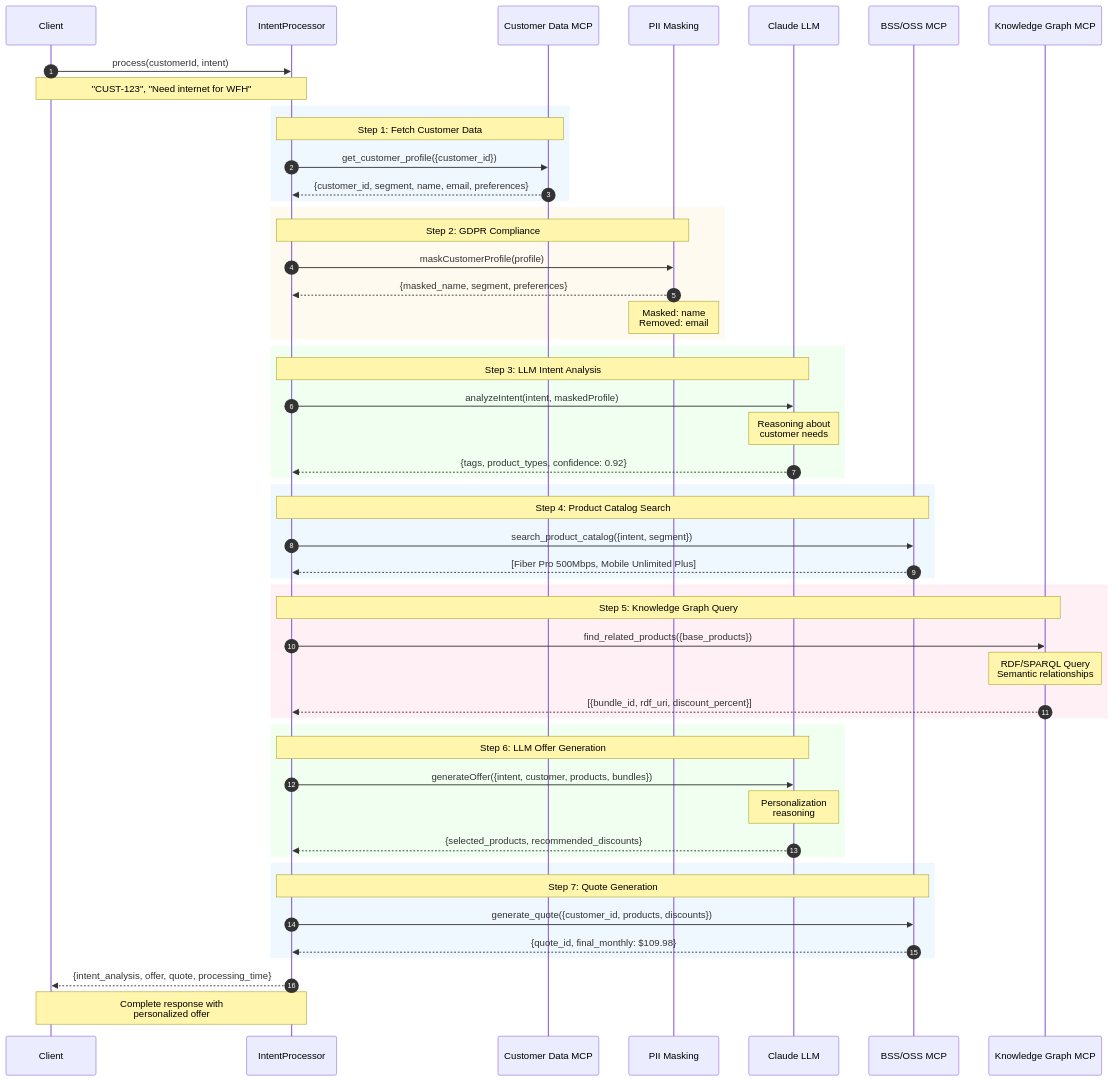
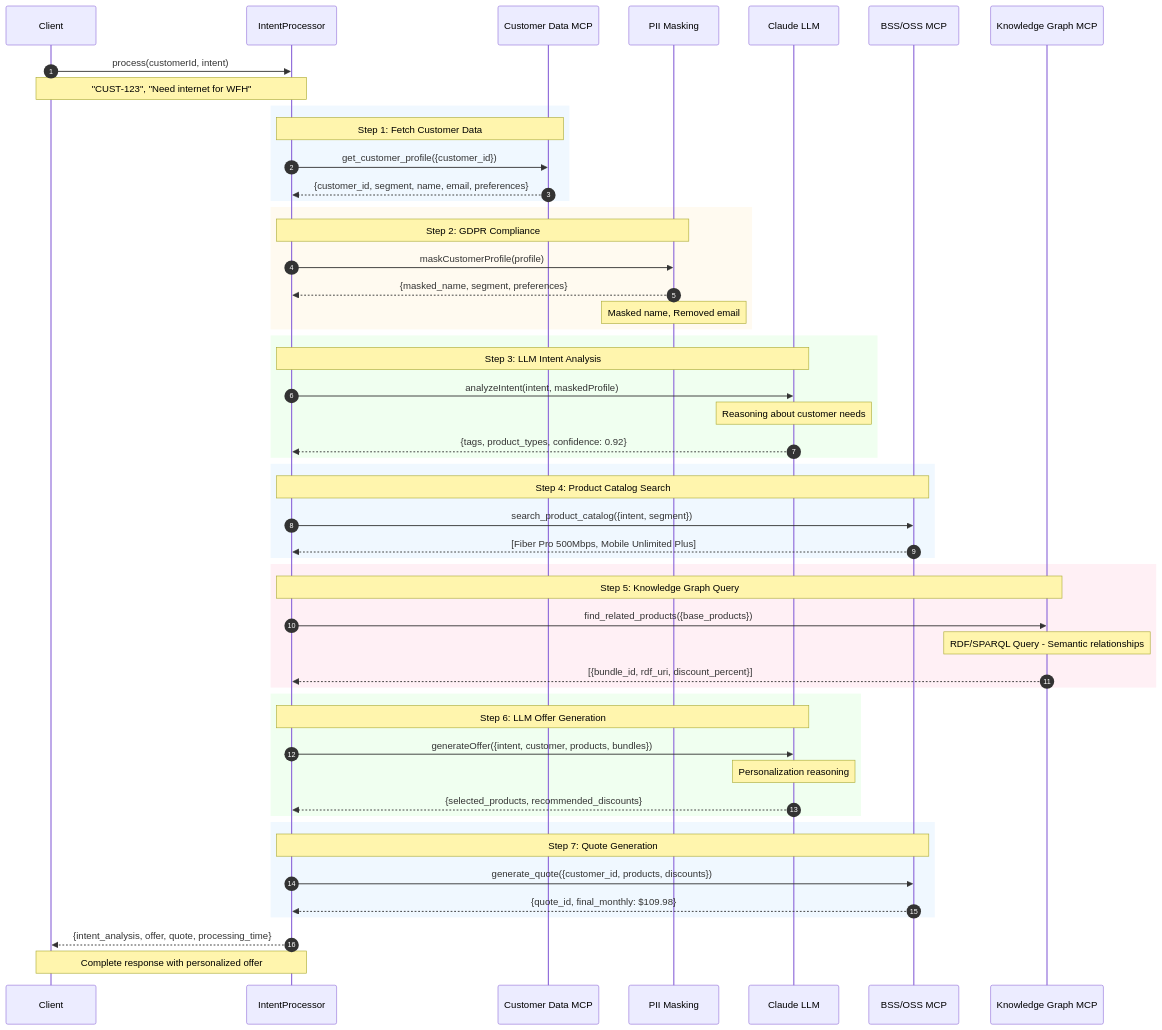
One commit to vpnetconsult/business-intent-agent changed the diagram in src/docs/diagrams/llm-agentic-mcp-sequence.md. Above: the diagram before and after it, drawn with Mermaid. The commit also changed 1 other file, not shown here.

Commit message:
fix(docs): Remove HTML br tags from Mermaid diagrams
GitHub's Mermaid renderer doesn't support HTML tags in node labels.
Replaced <br/> with inline text for compatibility.

````diff
--- a/src/docs/diagrams/llm-agentic-mcp-sequence.md
+++ b/src/docs/diagrams/llm-agentic-mcp-sequence.md
@@ -5,70 +5,70 @@
 ```mermaid
 sequenceDiagram
     autonumber
     participant Client
     participant IP as IntentProcessor
     participant CDM as Customer Data MCP
     participant PII as PII Masking
     participant Claude as Claude LLM
     participant BSS as BSS/OSS MCP
     participant KG as Knowledge Graph MCP
 
     Client->>IP: process(customerId, intent)
     Note over Client,IP: "CUST-123", "Need internet for WFH"
 
     %% Step 1: Get Customer Profile
     rect rgb(240, 248, 255)
         Note over IP,CDM: Step 1: Fetch Customer Data
         IP->>CDM: get_customer_profile({customer_id})
         CDM-->>IP: {customer_id, segment, name, email, preferences}
     end
 
     %% Step 2: PII Masking
     rect rgb(255, 250, 240)
         Note over IP,PII: Step 2: GDPR Compliance
         IP->>PII: maskCustomerProfile(profile)
         PII-->>IP: {masked_name, segment, preferences}
-        Note over PII: Masked: name<br/>Removed: email
+        Note over PII: Masked name, Removed email
     end
 
     %% Step 3: Analyze Intent with LLM
     rect rgb(240, 255, 240)
         Note over IP,Claude: Step 3: LLM Intent Analysis
         IP->>Claude: analyzeIntent(intent, maskedProfile)
-        Note over Claude: Reasoning about<br/>customer needs
+        Note over Claude: Reasoning about customer needs
         Claude-->>IP: {tags, product_types, confidence: 0.92}
     end
 
     %% Step 4: Search Products
     rect rgb(240, 248, 255)
         Note over IP,BSS: Step 4: Product Catalog Search
         IP->>BSS: search_product_catalog({intent, segment})
         BSS-->>IP: [Fiber Pro 500Mbps, Mobile Unlimited Plus]
     end
 
     %% Step 5: Find Bundles
     rect rgb(255, 240, 245)
         Note over IP,KG: Step 5: Knowledge Graph Query
         IP->>KG: find_related_products({base_products})
-        Note over KG: RDF/SPARQL Query<br/>Semantic relationships
+        Note over KG: RDF/SPARQL Query - Semantic relationships
         KG-->>IP: [{bundle_id, rdf_uri, discount_percent}]
     end
 
     %% Step 6: Generate Offer with LLM
     rect rgb(240, 255, 240)
         Note over IP,Claude: Step 6: LLM Offer Generation
         IP->>Claude: generateOffer({intent, customer, products, bundles})
-        Note over Claude: Personalization<br/>reasoning
+        Note over Claude: Personalization reasoning
         Claude-->>IP: {selected_products, recommended_discounts}
     end
 
     %% Step 7: Generate Quote
     rect rgb(240, 248, 255)
         Note over IP,BSS: Step 7: Quote Generation
         IP->>BSS: generate_quote({customer_id, products, discounts})
         BSS-->>IP: {quote_id, final_monthly: $109.98}
     end
 
     IP-->>Client: {intent_analysis, offer, quote, processing_time}
-    Note over Client,IP: Complete response with<br/>personalized offer
+    Note over Client,IP: Complete response with personalized offer
 ```
````
